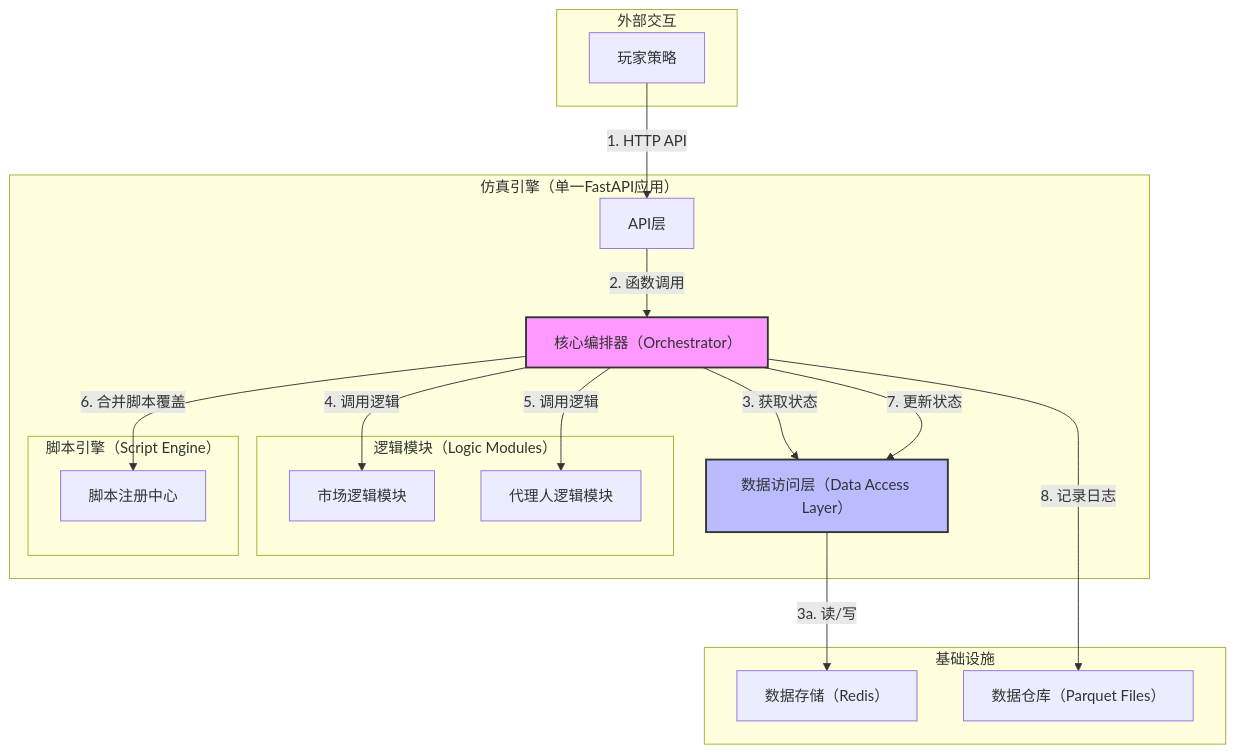
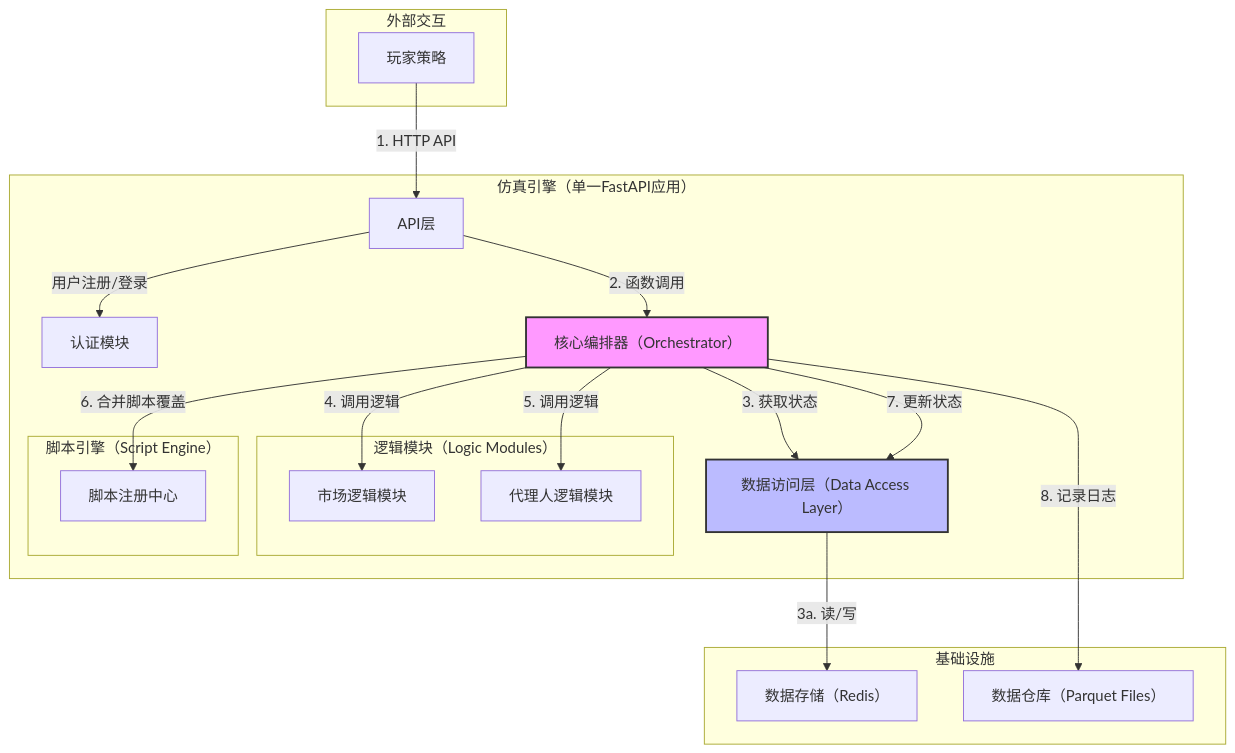
Before and after one commit to CeciliaGuo331/econ.simulator: the diagram in docs/code_structure/0_OVERVIEW.md, drawn with Mermaid. The commit also changed other lines of this file and 8 other files, not shown here.

````diff
--- a/docs/code_structure/0_OVERVIEW.md
+++ b/docs/code_structure/0_OVERVIEW.md
@@ -17,42 +17,44 @@
 ```mermaid
 graph TD
     subgraph "外部交互"
         A[玩家策略]
     end
 
     subgraph "仿真引擎（单一FastAPI应用）"
-        B[API层]
+    B[API层]
+    K[认证模块]
         C[核心编排器（Orchestrator）]
         
         subgraph "逻辑模块（Logic Modules）"
             E[市场逻辑模块]
             F[代理人逻辑模块]
         end
 
         subgraph "脚本引擎（Script Engine）"
             J[脚本注册中心]
         end
 
         D[数据访问层（Data Access Layer）]
     end
     
     subgraph "基础设施"
         H[数据存储（Redis）]
         I[数据仓库（Parquet Files）]
     end
 
     A -- 1. HTTP API --> B
     B -- 2. 函数调用 --> C
+    B -- "用户注册/登录" --> K
     
     C -- "3. 获取状态" --> D
     C -- "4. 调用逻辑" --> E
     C -- "5. 调用逻辑" --> F
     C -- "6. 合并脚本覆盖" --> J
     C -- "7. 更新状态" --> D
     C -- "8. 记录日志" --> I
 
     D -- "3a. 读/写" --> H
 
     style C fill:#f9f,stroke:#333,stroke-width:2px
     style D fill:#bbf,stroke:#333,stroke-width:2px
 ```
````
